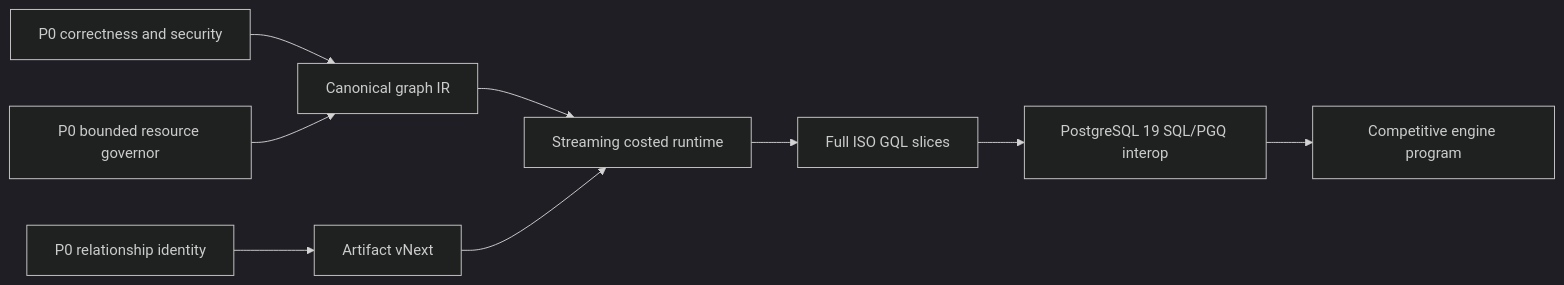
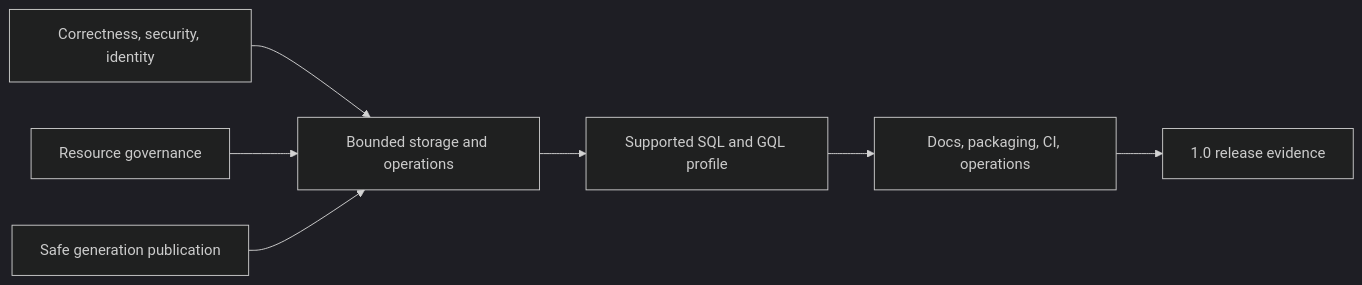
One commit to Evokoa/pgGraph changed the diagram in docs/roadmap.mdx. Above: the diagram before and after it, drawn with Mermaid (dark theme). The commit also changed other lines of this file and 14 other files, not shown here.

````diff
--- a/docs/roadmap.mdx
+++ b/docs/roadmap.mdx
@@ -53,11 +52,9 @@
 ```mermaid
 flowchart LR
-  A["P0 correctness and security"] --> D["Canonical graph IR"]
-  B["P0 bounded resource governor"] --> D
-  C["P0 relationship identity"] --> E["Artifact vNext"]
-  D --> F["Streaming costed runtime"]
-  E --> F
-  F --> G["Full ISO GQL slices"]
-  G --> H["PostgreSQL 19 SQL/PGQ interop"]
-  H --> I["Competitive engine program"]
+  A["Correctness, security, identity"] --> D["Bounded storage and operations"]
+  B["Resource governance"] --> D
+  C["Safe generation publication"] --> D
+  D --> E["Supported SQL and GQL profile"]
+  E --> F["Docs, packaging, CI, operations"]
+  F --> G["1.0 release evidence"]
 ```
````
